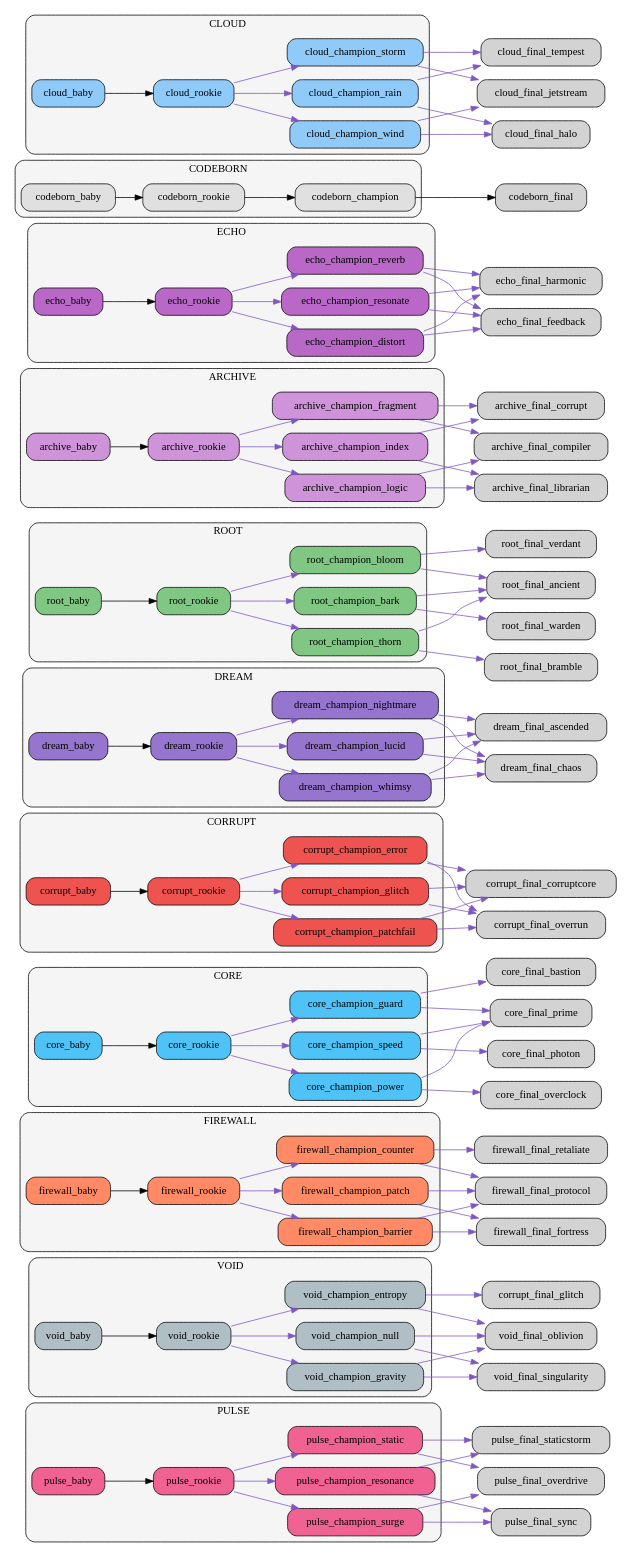
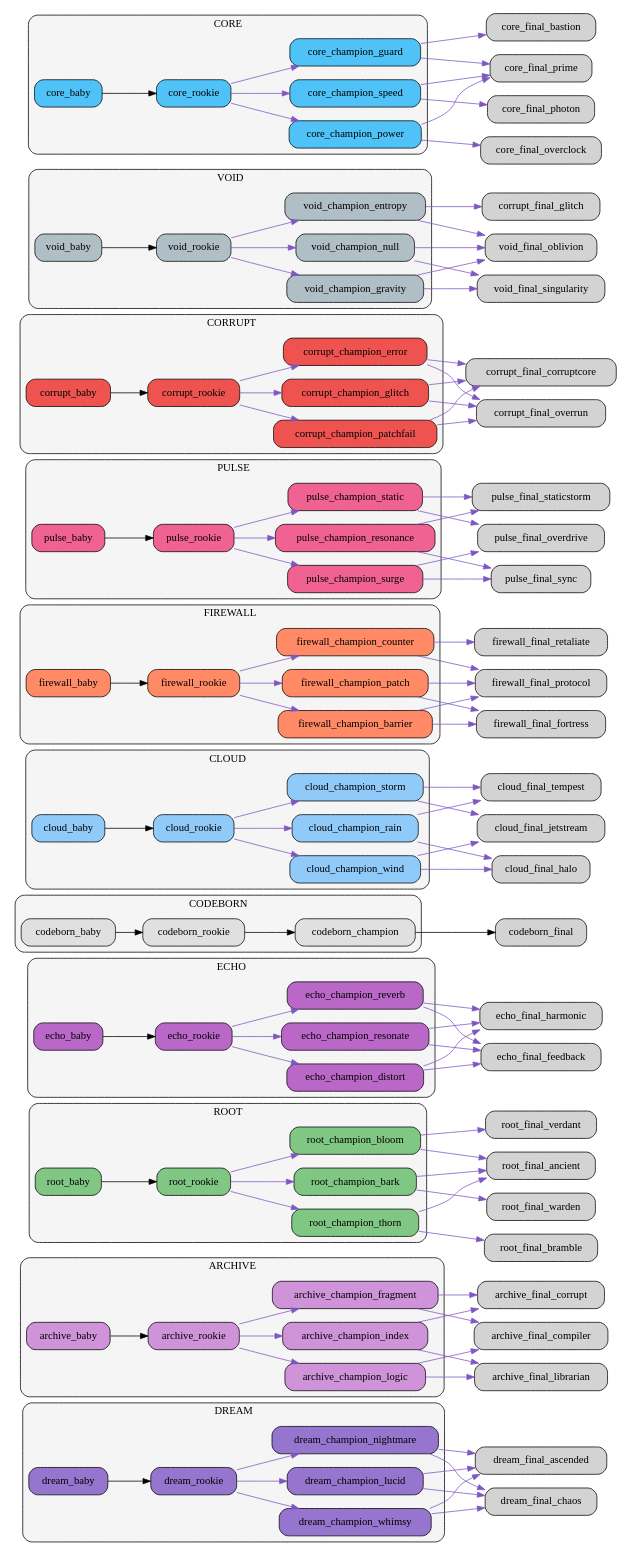
Before and after one commit to bwlight/NetGrid: the diagram in src/netgrid/systems/evolution/graphs/clusters/evolution_clusters.dot, drawn with Graphviz. The commit also changed other lines of this file and 8 other files, not shown here.

Commit message:
Auto-update evolution graphs

```diff
--- a/src/netgrid/systems/evolution/graphs/clusters/evolution_clusters.dot
+++ b/src/netgrid/systems/evolution/graphs/clusters/evolution_clusters.dot
@@ -1,51 +1,6 @@
 digraph EvolutionTree {
   rankdir=LR;
   node [shape=box, style="rounded,filled"];
-  subgraph cluster_pulse {
-    label="PULSE";
-    style="rounded,filled"; fillcolor="#f5f5f5";
-    "pulse_baby" [fillcolor="#f06292"];
-    "pulse_rookie" [fillcolor="#f06292"];
-    "pulse_champion_surge" [fillcolor="#f06292"];
-    "pulse_champion_resonance" [fillcolor="#f06292"];
-    "pulse_champion_static" [fillcolor="#f06292"];
-  }
-  subgraph cluster_void {
-    label="VOID";
-    style="rounded,filled"; fillcolor="#f5f5f5";
-    "void_baby" [fillcolor="#b0bec5"];
-    "void_rookie" [fillcolor="#b0bec5"];
-    "void_champion_entropy" [fillcolor="#b0bec5"];
-    "void_champion_gravity" [fillcolor="#b0bec5"];
-    "void_champion_null" [fillcolor="#b0bec5"];
-  }
-  subgraph cluster_firewall {
-    label="FIREWALL";
-    style="rounded,filled"; fillcolor="#f5f5f5";
-    "firewall_baby" [fillcolor="#ff8a65"];
-    "firewall_rookie" [fillcolor="#ff8a65"];
-    "firewall_champion_barrier" [fillcolor="#ff8a65"];
-    "firewall_champion_counter" [fillcolor="#ff8a65"];
-    "firewall_champion_patch" [fillcolor="#ff8a65"];
-  }
-  subgraph cluster_core {
-    label="CORE";
-    style="rounded,filled"; fillcolor="#f5f5f5";
-    "core_baby" [fillcolor="#4fc3f7"];
-    "core_rookie" [fillcolor="#4fc3f7"];
-    "core_champion_power" [fillcolor="#4fc3f7"];
-    "core_champion_guard" [fillcolor="#4fc3f7"];
-    "core_champion_speed" [fillcolor="#4fc3f7"];
-  }
-  subgraph cluster_corrupt {
-    label="CORRUPT";
-    style="rounded,filled"; fillcolor="#f5f5f5";
-    "corrupt_baby" [fillcolor="#ef5350"];
-    "corrupt_rookie" [fillcolor="#ef5350"];
-    "corrupt_champion_glitch" [fillcolor="#ef5350"];
-    "corrupt_champion_error" [fillcolor="#ef5350"];
-    "corrupt_champion_patchfail" [fillcolor="#ef5350"];
-  }
   subgraph cluster_dream {
     label="DREAM";
     style="rounded,filled"; fillcolor="#f5f5f5";
@@ -55,6 +10,15 @@
     "dream_champion_nightmare" [fillcolor="#9575cd"];
     "dream_champion_whimsy" [fillcolor="#9575cd"];
   }
+  subgraph cluster_archive {
+    label="ARCHIVE";
+    style="rounded,filled"; fillcolor="#f5f5f5";
+    "archive_baby" [fillcolor="#ce93d8"];
+    "archive_rookie" [fillcolor="#ce93d8"];
+    "archive_champion_logic" [fillcolor="#ce93d8"];
+    "archive_champion_index" [fillcolor="#ce93d8"];
+    "archive_champion_fragment" [fillcolor="#ce93d8"];
+  }
   subgraph cluster_root {
     label="ROOT";
     style="rounded,filled"; fillcolor="#f5f5f5";
@@ -63,15 +27,6 @@
     "root_champion_thorn" [fillcolor="#81c784"];
     "root_champion_bloom" [fillcolor="#81c784"];
     "root_champion_bark" [fillcolor="#81c784"];
-  }
-  subgraph cluster_archive {
-    label="ARCHIVE";
-    style="rounded,filled"; fillcolor="#f5f5f5";
-    "archive_baby" [fillcolor="#ce93d8"];
-    "archive_rookie" [fillcolor="#ce93d8"];
-    "archive_champion_logic" [fillcolor="#ce93d8"];
-    "archive_champion_index" [fillcolor="#ce93d8"];
-    "archive_champion_fragment" [fillcolor="#ce93d8"];
   }
   subgraph cluster_echo {
     label="ECHO";
@@ -98,56 +53,51 @@
     "cloud_champion_rain" [fillcolor="#90caf9"];
     "cloud_champion_storm" [fillcolor="#90caf9"];
   }
-  "pulse_baby" -> "pulse_rookie";
-  "pulse_rookie" -> "pulse_champion_surge" [color="#7e57c2"];
-  "pulse_rookie" -> "pulse_champion_resonance" [color="#7e57c2"];
-  "pulse_rookie" -> "pulse_champion_static" [color="#7e57c2"];
-  "pulse_champion_surge" -> "pulse_final_overdrive" [color="#7e57c2"];
-  "pulse_champion_surge" -> "pulse_final_sync" [color="#7e57c2"];
-  "pulse_champion_resonance" -> "pulse_final_sync" [color="#7e57c2"];
-  "pulse_champion_resonance" -> "pulse_final_staticstorm" [color="#7e57c2"];
-  "pulse_champion_static" -> "pulse_final_staticstorm" [color="#7e57c2"];
-  "pulse_champion_static" -> "pulse_final_overdrive" [color="#7e57c2"];
-  "void_baby" -> "void_rookie";
-  "void_rookie" -> "void_champion_entropy" [color="#7e57c2"];
-  "void_rookie" -> "void_champion_gravity" [color="#7e57c2"];
-  "void_rookie" -> "void_champion_null" [color="#7e57c2"];
-  "void_champion_entropy" -> "corrupt_final_glitch" [color="#7e57c2"];
-  "void_champion_entropy" -> "void_final_oblivion" [color="#7e57c2"];
-  "void_champion_gravity" -> "void_final_singularity" [color="#7e57c2"];
-  "void_champion_gravity" -> "void_final_oblivion" [color="#7e57c2"];
-  "void_champion_null" -> "void_final_oblivion" [color="#7e57c2"];
-  "void_champion_null" -> "void_final_singularity" [color="#7e57c2"];
-  "firewall_baby" -> "firewall_rookie";
-  "firewall_rookie" -> "firewall_champion_barrier" [color="#7e57c2"];
-  "firewall_rookie" -> "firewall_champion_counter" [color="#7e57c2"];
-  "firewall_rookie" -> "firewall_champion_patch" [color="#7e57c2"];
-  "firewall_champion_barrier" -> "firewall_final_fortress" [color="#7e57c2"];
-  "firewall_champion_barrier" -> "firewall_final_protocol" [color="#7e57c2"];
-  "firewall_champion_counter" -> "firewall_final_retaliate" [color="#7e57c2"];
-  "firewall_champion_counter" -> "firewall_final_protocol" [color="#7e57c2"];
-  "firewall_champion_patch" -> "firewall_final_protocol" [color="#7e57c2"];
-  "firewall_champion_patch" -> "firewall_final_fortress" [color="#7e57c2"];
-  "core_baby" -> "core_rookie";
-  "core_rookie" -> "core_champion_power" [color="#7e57c2"];
-  "core_rookie" -> "core_champion_guard" [color="#7e57c2"];
-  "core_rookie" -> "core_champion_speed" [color="#7e57c2"];
-  "core_champion_power" -> "core_final_overclock" [color="#7e57c2"];
-  "core_champion_power" -> "core_final_prime" [color="#7e57c2"];
-  "core_champion_guard" -> "core_final_bastion" [color="#7e57c2"];
-  "core_champion_guard" -> "core_final_prime" [color="#7e57c2"];
-  "core_champion_speed" -> "core_final_photon" [color="#7e57c2"];
-  "core_champion_speed" -> "core_final_prime" [color="#7e57c2"];
-  "corrupt_baby" -> "corrupt_rookie";
-  "corrupt_rookie" -> "corrupt_champion_glitch" [color="#7e57c2"];
-  "corrupt_rookie" -> "corrupt_champion_error" [color="#7e57c2"];
-  "corrupt_rookie" -> "corrupt_champion_patchfail" [color="#7e57c2"];
-  "corrupt_champion_glitch" -> "corrupt_final_corruptcore" [color="#7e57c2"];
-  "corrupt_champion_glitch" -> "corrupt_final_overrun" [color="#7e57c2"];
-  "corrupt_champion_error" -> "corrupt_final_overrun" [color="#7e57c2"];
-  "corrupt_champion_error" -> "corrupt_final_corruptcore" [color="#7e57c2"];
-  "corrupt_champion_patchfail" -> "corrupt_final_corruptcore" [color="#7e57c2"];
-  "corrupt_champion_patchfail" -> "corrupt_final_overrun" [color="#7e57c2"];
+  subgraph cluster_firewall {
+    label="FIREWALL";
+    style="rounded,filled"; fillcolor="#f5f5f5";
+    "firewall_baby" [fillcolor="#ff8a65"];
+    "firewall_rookie" [fillcolor="#ff8a65"];
+    "firewall_champion_barrier" [fillcolor="#ff8a65"];
+    "firewall_champion_counter" [fillcolor="#ff8a65"];
+    "firewall_champion_patch" [fillcolor="#ff8a65"];
+  }
+  subgraph cluster_pulse {
+    label="PULSE";
+    style="rounded,filled"; fillcolor="#f5f5f5";
+    "pulse_baby" [fillcolor="#f06292"];
+    "pulse_rookie" [fillcolor="#f06292"];
+    "pulse_champion_surge" [fillcolor="#f06292"];
+    "pulse_champion_resonance" [fillcolor="#f06292"];
+    "pulse_champion_static" [fillcolor="#f06292"];
+  }
+  subgraph cluster_corrupt {
+    label="CORRUPT";
+    style="rounded,filled"; fillcolor="#f5f5f5";
+    "corrupt_baby" [fillcolor="#ef5350"];
+    "corrupt_rookie" [fillcolor="#ef5350"];
+    "corrupt_champion_glitch" [fillcolor="#ef5350"];
+    "corrupt_champion_error" [fillcolor="#ef5350"];
+    "corrupt_champion_patchfail" [fillcolor="#ef5350"];
+  }
+  subgraph cluster_void {
+    label="VOID";
+    style="rounded,filled"; fillcolor="#f5f5f5";
+    "void_baby" [fillcolor="#b0bec5"];
+    "void_rookie" [fillcolor="#b0bec5"];
+    "void_champion_entropy" [fillcolor="#b0bec5"];
+    "void_champion_gravity" [fillcolor="#b0bec5"];
+    "void_champion_null" [fillcolor="#b0bec5"];
+  }
+  subgraph cluster_core {
+    label="CORE";
+    style="rounded,filled"; fillcolor="#f5f5f5";
+    "core_baby" [fillcolor="#4fc3f7"];
+    "core_rookie" [fillcolor="#4fc3f7"];
+    "core_champion_power" [fillcolor="#4fc3f7"];
+    "core_champion_guard" [fillcolor="#4fc3f7"];
+    "core_champion_speed" [fillcolor="#4fc3f7"];
+  }
   "dream_baby" -> "dream_rookie";
   "dream_rookie" -> "dream_champion_lucid" [color="#7e57c2"];
   "dream_rookie" -> "dream_champion_nightmare" [color="#7e57c2"];
@@ -158,6 +108,16 @@
   "dream_champion_nightmare" -> "dream_final_ascended" [color="#7e57c2"];
   "dream_champion_whimsy" -> "dream_final_ascended" [color="#7e57c2"];
   "dream_champion_whimsy" -> "dream_final_chaos" [color="#7e57c2"];
+  "archive_baby" -> "archive_rookie";
+  "archive_rookie" -> "archive_champion_logic" [color="#7e57c2"];
+  "archive_rookie" -> "archive_champion_index" [color="#7e57c2"];
+  "archive_rookie" -> "archive_champion_fragment" [color="#7e57c2"];
+  "archive_champion_logic" -> "archive_final_compiler" [color="#7e57c2"];
+  "archive_champion_logic" -> "archive_final_librarian" [color="#7e57c2"];
+  "archive_champion_index" -> "archive_final_librarian" [color="#7e57c2"];
+  "archive_champion_index" -> "archive_final_corrupt" [color="#7e57c2"];
+  "archive_champion_fragment" -> "archive_final_corrupt" [color="#7e57c2"];
+  "archive_champion_fragment" -> "archive_final_compiler" [color="#7e57c2"];
   "root_baby" -> "root_rookie";
   "root_rookie" -> "root_champion_thorn" [color="#7e57c2"];
   "root_rookie" -> "root_champion_bloom" [color="#7e57c2"];
@@ -168,16 +128,6 @@
   "root_champion_bloom" -> "root_final_verdant" [color="#7e57c2"];
   "root_champion_bark" -> "root_final_warden" [color="#7e57c2"];
   "root_champion_bark" -> "root_final_ancient" [color="#7e57c2"];
-  "archive_baby" -> "archive_rookie";
-  "archive_rookie" -> "archive_champion_logic" [color="#7e57c2"];
-  "archive_rookie" -> "archive_champion_index" [color="#7e57c2"];
-  "archive_rookie" -> "archive_champion_fragment" [color="#7e57c2"];
-  "archive_champion_logic" -> "archive_final_compiler" [color="#7e57c2"];
-  "archive_champion_logic" -> "archive_final_librarian" [color="#7e57c2"];
-  "archive_champion_index" -> "archive_final_librarian" [color="#7e57c2"];
-  "archive_champion_index" -> "archive_final_corrupt" [color="#7e57c2"];
-  "archive_champion_fragment" -> "archive_final_corrupt" [color="#7e57c2"];
-  "archive_champion_fragment" -> "archive_final_compiler" [color="#7e57c2"];
   "echo_baby" -> "echo_rookie";
   "echo_rookie" -> "echo_champion_resonate" [color="#7e57c2"];
   "echo_rookie" -> "echo_champion_reverb" [color="#7e57c2"];
@@ -201,4 +151,54 @@
   "cloud_champion_rain" -> "cloud_final_tempest" [color="#7e57c2"];
   "cloud_champion_storm" -> "cloud_final_tempest" [color="#7e57c2"];
   "cloud_champion_storm" -> "cloud_final_jetstream" [color="#7e57c2"];
+  "firewall_baby" -> "firewall_rookie";
+  "firewall_rookie" -> "firewall_champion_barrier" [color="#7e57c2"];
+  "firewall_rookie" -> "firewall_champion_counter" [color="#7e57c2"];
+  "firewall_rookie" -> "firewall_champion_patch" [color="#7e57c2"];
+  "firewall_champion_barrier" -> "firewall_final_fortress" [color="#7e57c2"];
+  "firewall_champion_barrier" -> "firewall_final_protocol" [color="#7e57c2"];
+  "firewall_champion_counter" -> "firewall_final_retaliate" [color="#7e57c2"];
+  "firewall_champion_counter" -> "firewall_final_protocol" [color="#7e57c2"];
+  "firewall_champion_patch" -> "firewall_final_protocol" [color="#7e57c2"];
+  "firewall_champion_patch" -> "firewall_final_fortress" [color="#7e57c2"];
+  "pulse_baby" -> "pulse_rookie";
+  "pulse_rookie" -> "pulse_champion_surge" [color="#7e57c2"];
+  "pulse_rookie" -> "pulse_champion_resonance" [color="#7e57c2"];
+  "pulse_rookie" -> "pulse_champion_static" [color="#7e57c2"];
+  "pulse_champion_surge" -> "pulse_final_overdrive" [color="#7e57c2"];
+  "pulse_champion_surge" -> "pulse_final_sync" [color="#7e57c2"];
+  "pulse_champion_resonance" -> "pulse_final_sync" [color="#7e57c2"];
+  "pulse_champion_resonance" -> "pulse_final_staticstorm" [color="#7e57c2"];
+  "pulse_champion_static" -> "pulse_final_staticstorm" [color="#7e57c2"];
+  "pulse_champion_static" -> "pulse_final_overdrive" [color="#7e57c2"];
+  "corrupt_baby" -> "corrupt_rookie";
+  "corrupt_rookie" -> "corrupt_champion_glitch" [color="#7e57c2"];
+  "corrupt_rookie" -> "corrupt_champion_error" [color="#7e57c2"];
+  "corrupt_rookie" -> "corrupt_champion_patchfail" [color="#7e57c2"];
+  "corrupt_champion_glitch" -> "corrupt_final_corruptcore" [color="#7e57c2"];
+  "corrupt_champion_glitch" -> "corrupt_final_overrun" [color="#7e57c2"];
+  "corrupt_champion_error" -> "corrupt_final_overrun" [color="#7e57c2"];
+  "corrupt_champion_error" -> "corrupt_final_corruptcore" [color="#7e57c2"];
+  "corrupt_champion_patchfail" -> "corrupt_final_corruptcore" [color="#7e57c2"];
+  "corrupt_champion_patchfail" -> "corrupt_final_overrun" [color="#7e57c2"];
+  "void_baby" -> "void_rookie";
+  "void_rookie" -> "void_champion_entropy" [color="#7e57c2"];
+  "void_rookie" -> "void_champion_gravity" [color="#7e57c2"];
+  "void_rookie" -> "void_champion_null" [color="#7e57c2"];
+  "void_champion_entropy" -> "corrupt_final_glitch" [color="#7e57c2"];
+  "void_champion_entropy" -> "void_final_oblivion" [color="#7e57c2"];
+  "void_champion_gravity" -> "void_final_singularity" [color="#7e57c2"];
+  "void_champion_gravity" -> "void_final_oblivion" [color="#7e57c2"];
+  "void_champion_null" -> "void_final_oblivion" [color="#7e57c2"];
+  "void_champion_null" -> "void_final_singularity" [color="#7e57c2"];
+  "core_baby" -> "core_rookie";
+  "core_rookie" -> "core_champion_power" [color="#7e57c2"];
+  "core_rookie" -> "core_champion_guard" [color="#7e57c2"];
+  "core_rookie" -> "core_champion_speed" [color="#7e57c2"];
+  "core_champion_power" -> "core_final_overclock" [color="#7e57c2"];
+  "core_champion_power" -> "core_final_prime" [color="#7e57c2"];
+  "core_champion_guard" -> "core_final_bastion" [color="#7e57c2"];
+  "core_champion_guard" -> "core_final_prime" [color="#7e57c2"];
+  "core_champion_speed" -> "core_final_photon" [color="#7e57c2"];
+  "core_champion_speed" -> "core_final_prime" [color="#7e57c2"];
 }
```
